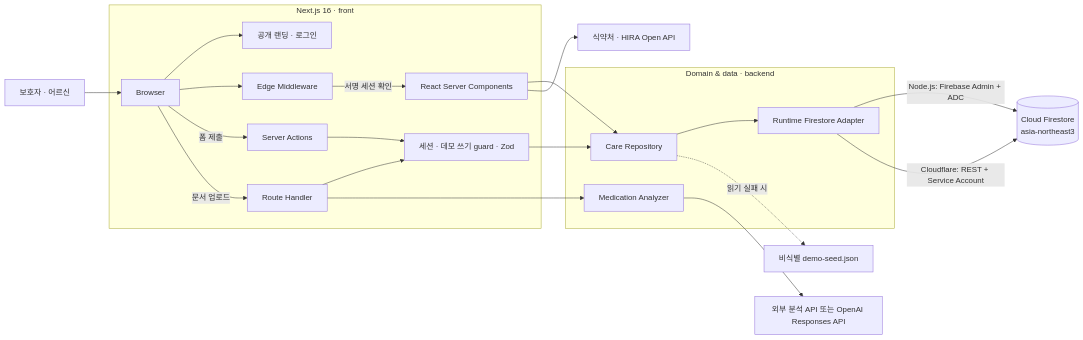
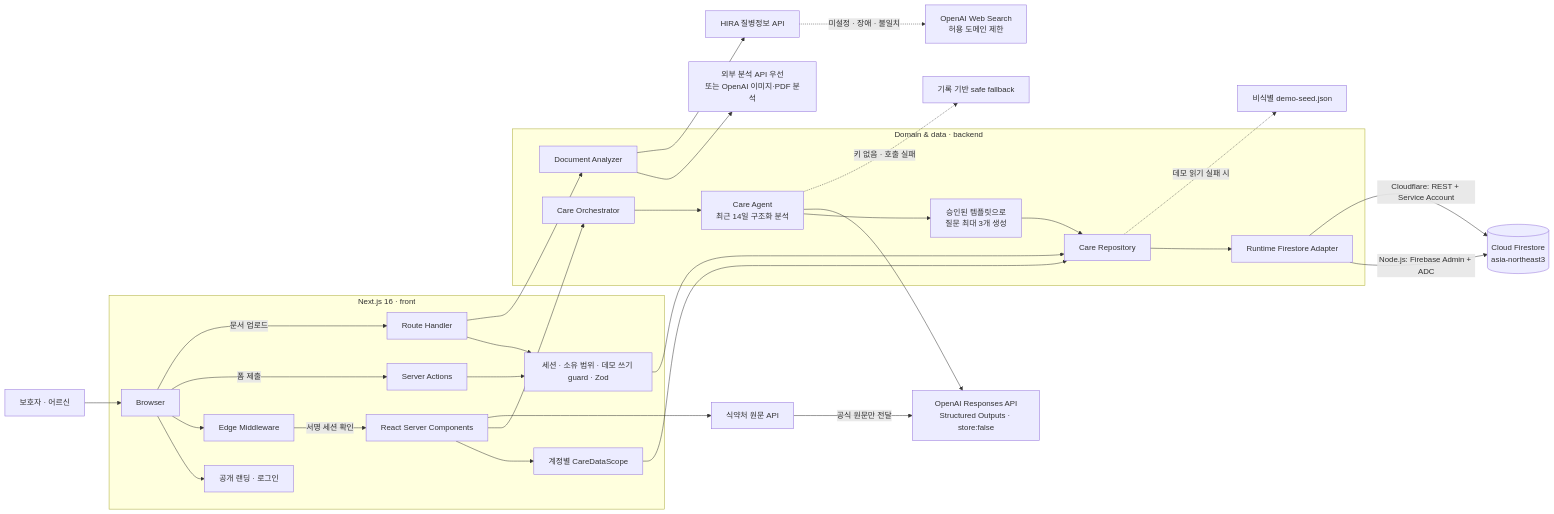
Before and after one commit to IPILLGOOD/IPILLGOOD: the diagram in README.md, drawn with Mermaid. The commit also changed other lines of this file, not shown here.

````diff
--- a/README.md
+++ b/README.md
@@ -34,27 +34,37 @@
 ```mermaid
 flowchart LR
   U["보호자 · 어르신"] --> B["Browser"]
 
   subgraph F["Next.js 16 · front"]
     B --> PUB["공개 랜딩 · 로그인"]
     B --> PX["Edge Middleware"]
     PX -->|"서명 세션 확인"| RSC["React Server Components"]
     B -->|"폼 제출"| SA["Server Actions"]
     B -->|"문서 업로드"| RH["Route Handler"]
-    SA --> V["세션 · 데모 쓰기 guard · Zod"]
+    RSC --> SCOPE["계정별 CareDataScope"]
+    SA --> V["세션 · 소유 범위 · 데모 쓰기 guard · Zod"]
     RH --> V
   end
 
   subgraph D["Domain & data · backend"]
-    RSC --> CR["Care Repository"]
+    SCOPE --> CR["Care Repository"]
     V --> CR
-    RH --> MA["Medication Analyzer"]
+    RSC --> ORCH["Care Orchestrator"]
+    ORCH --> CA["Care Agent<br/>최근 14일 구조화 분석"]
+    CA --> QG["승인된 템플릿으로<br/>질문 최대 3개 생성"]
+    QG --> CR
+    RH --> MA["Document Analyzer"]
     CR --> AD["Runtime Firestore Adapter"]
   end
 
   AD -->|"Node.js: Firebase Admin + ADC"| FS[("Cloud Firestore<br/>asia-northeast3")]
   AD -->|"Cloudflare: REST + Service Account"| FS
-  MA --> EXT["외부 분석 API 또는 OpenAI Responses API"]
-  RSC --> OFFICIAL["식약처 · HIRA Open API"]
-  CR -. "읽기 실패 시" .-> SEED["비식별 demo-seed.json"]
+  CA --> OAI["OpenAI Responses API<br/>Structured Outputs · store:false"]
+  MA --> EXT["외부 분석 API 우선<br/>또는 OpenAI 이미지·PDF 분석"]
+  RSC --> MFDS["식약처 원문 API"]
+  MFDS -->|"공식 원문만 전달"| OAI
+  MA --> HIRA["HIRA 질병정보 API"]
+  HIRA -. "미설정 · 장애 · 불일치" .-> WEB["OpenAI Web Search<br/>허용 도메인 제한"]
+  CA -. "키 없음 · 호출 실패" .-> SAFE["기록 기반 safe fallback"]
+  CR -. "데모 읽기 실패 시" .-> SEED["비식별 demo-seed.json"]
 ```
````
